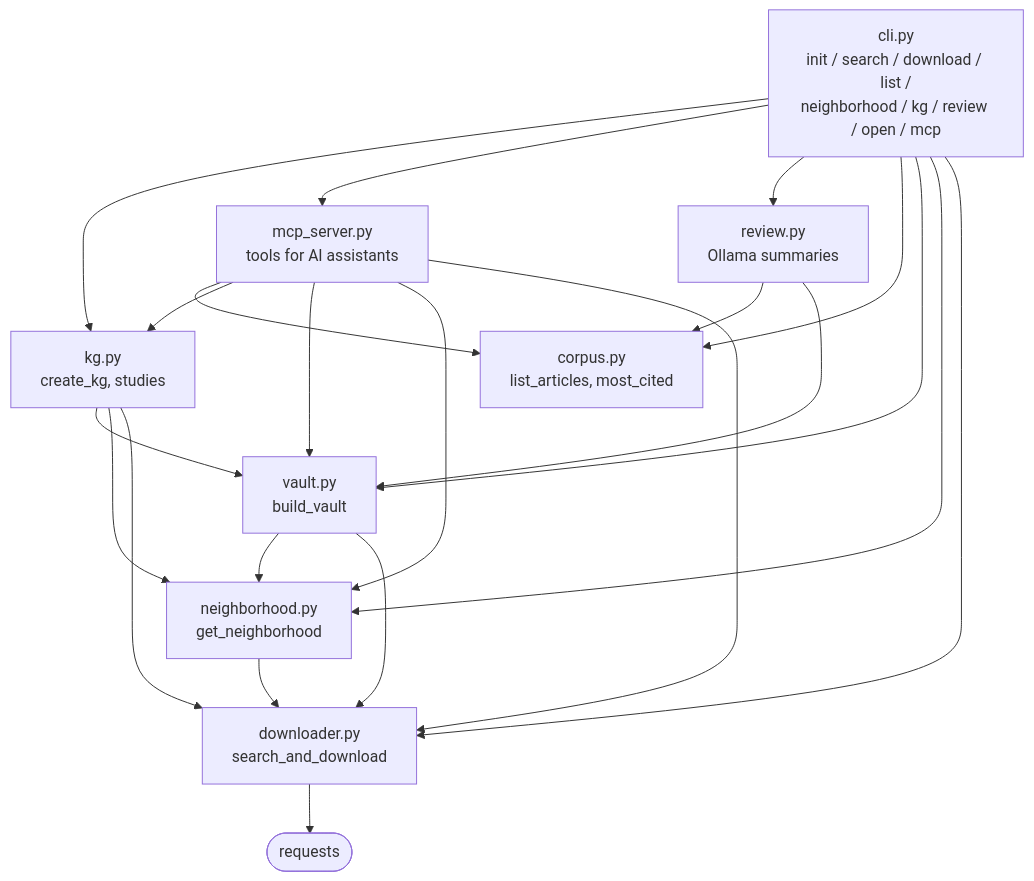
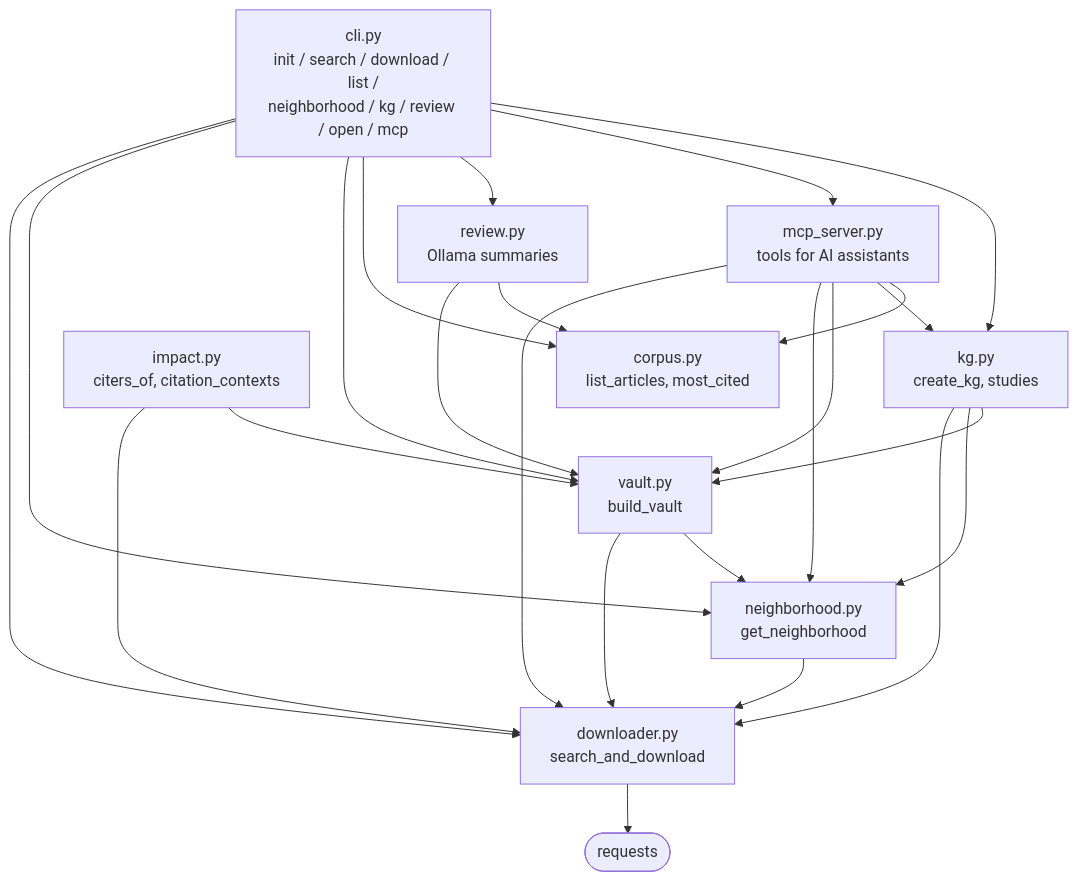
One commit to melhzy/pubmed-stream changed the second of 10 diagrams in docs/ARCHITECTURE.md. Above: the diagram before and after it, drawn with Mermaid. The commit also changed other lines of this file and 38 other files, not shown here.

````diff
--- a/docs/ARCHITECTURE.md
+++ b/docs/ARCHITECTURE.md
@@ -88,24 +91,26 @@
 ```mermaid
 flowchart TB
     M["mcp_server.py<br/>tools for AI assistants"] --> C
     M --> KG
     M --> V
     M --> N
     M --> D
     CLI["cli.py<br/>init / search / download / list /<br/>neighborhood / kg / review / open / mcp"] --> KG["kg.py<br/>create_kg, studies"]
     CLI --> M
     CLI --> RV["review.py<br/>Ollama summaries"]
     RV --> C
     RV --> V
     CLI --> C["corpus.py<br/>list_articles, most_cited"]
     CLI --> V
     CLI --> N
     CLI --> D
     KG --> V["vault.py<br/>build_vault"]
     KG --> N["neighborhood.py<br/>get_neighborhood"]
     KG --> D["downloader.py<br/>search_and_download"]
+    I["impact.py<br/>citers_of, citation_contexts"] --> V
+    I --> D
     V --> N
     V --> D
     N --> D
     D --> R(["requests"])
 ```
````
